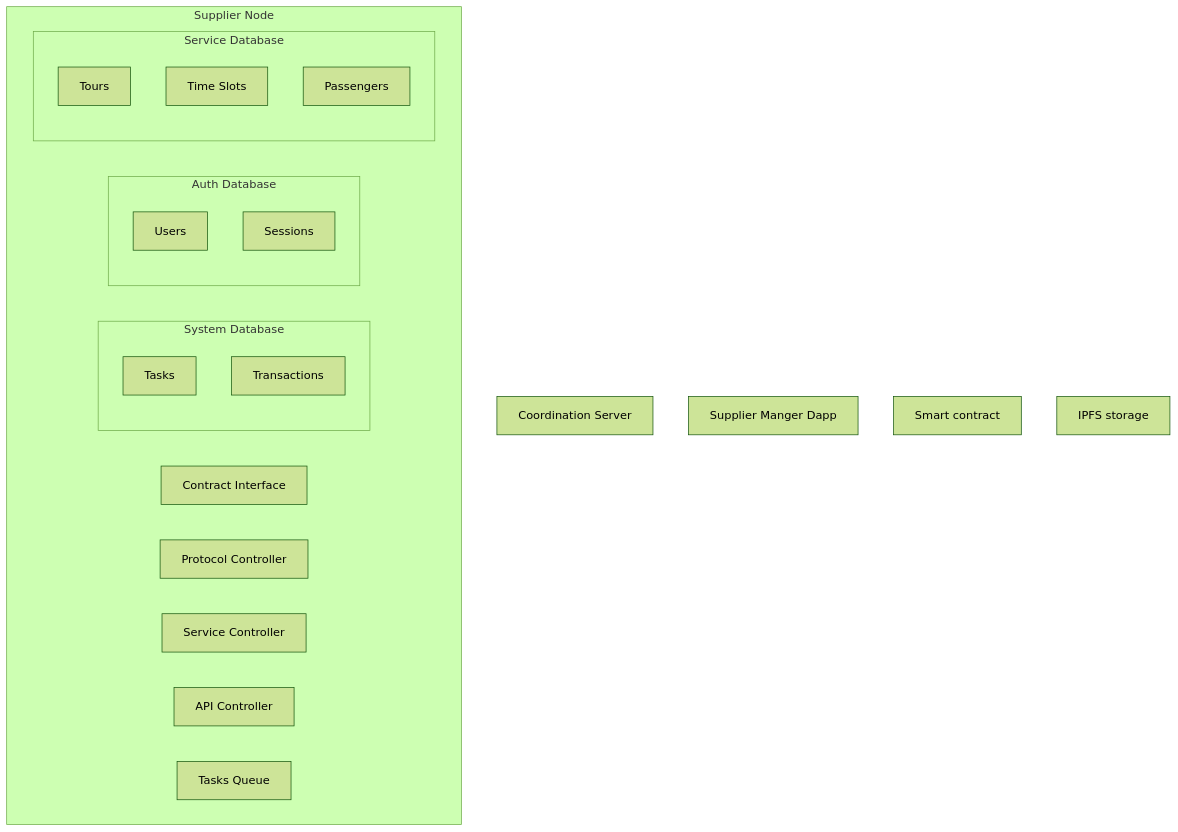
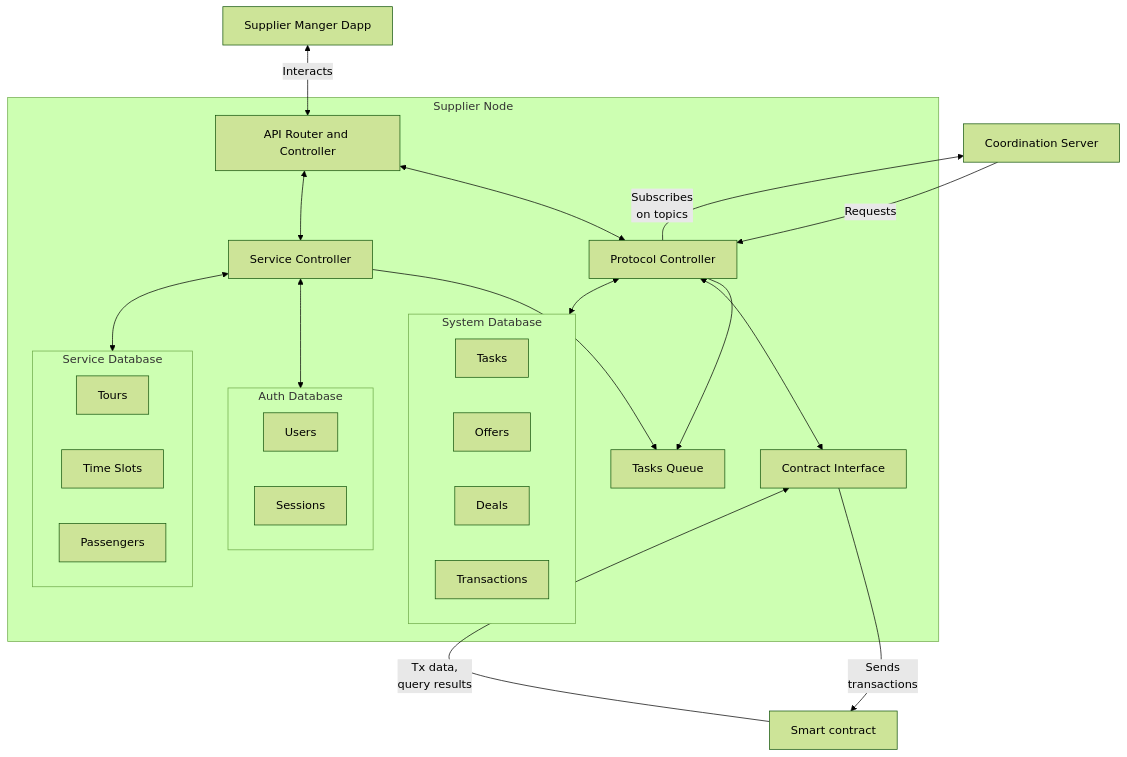
The first of 10 diagrams in docs/node-spec.md (windingtree/mvp), drawn with Mermaid (forest theme) before and after one commit. The commit also changed other lines of this file, not shown here.

Commit message:
docs: ✏️ Updated node-spec doc

````diff
--- a/docs/node-spec.md
+++ b/docs/node-spec.md
@@ -22,31 +52,51 @@
 ```mermaid
 graph TB
-server[Coordination Server]
-dapp[Supplier Manger Dapp]
-contract[Smart contract]
-ipfs[IPFS storage]
+  server[Coordination Server]
+  dapp[Supplier Manger Dapp]
+  contract[Smart contract]
 
-subgraph node[Supplier Node]
-  contractApi[Contract Interface]
-  protocolCtrl[Protocol Controller]
-  serviceCtrl[Service Controller]
-  apiCtrl[API Controller]
-  tasksQueue[Tasks Queue]
+  subgraph node[Supplier Node]
+    apiRouter[API Router and Controller]
+    contractApi[Contract Interface]
+    protocolCtrl[Protocol Controller]
+    serviceCtrl[Service Controller]
+    tasksQueue[Tasks Queue]
 
-  subgraph sysDb[System Database]
-    tasks[Tasks]
-    transactions[Transactions]
+    subgraph sysDb[System Database]
+      tasks[Tasks]
+      offers[Offers]
+      deals[Deals]
+      transactions[Transactions]
+    end
+
+    subgraph authDb[Auth Database]
+      users[Users]
+      sessions[Sessions]
+    end
+
+    subgraph serviceDb[Service Database]
+      tours[Tours]
+      slots[Time Slots]
+      passengers[Passengers]
+    end
+
+    apiRouter <--> protocolCtrl
+    apiRouter <--> serviceCtrl
+
+    protocolCtrl --> tasksQueue
+    protocolCtrl <--> sysDb
+    serviceCtrl --> tasksQueue
+    serviceCtrl <--> authDb
+    serviceCtrl <--> serviceDb
+
+    protocolCtrl <--> contractApi
   end
 
-  subgraph authDb[Auth Database]
-    users[Users]
-    sessions[Sessions]
-  end
+  dapp <-- Interacts --> apiRouter
 
-  subgraph serviceDb[Service Database]
-    tours[Tours]
-    slots[Time Slots]
-    passengers[Passengers]
-  end
-end
+  contractApi -- Sends\ntransactions --> contract
+  contract -- Tx data,\nquery results --> contractApi
+
+  server -- Requests --> protocolCtrl
+  protocolCtrl -- Subscribes\non topics --> server
 ```
````
